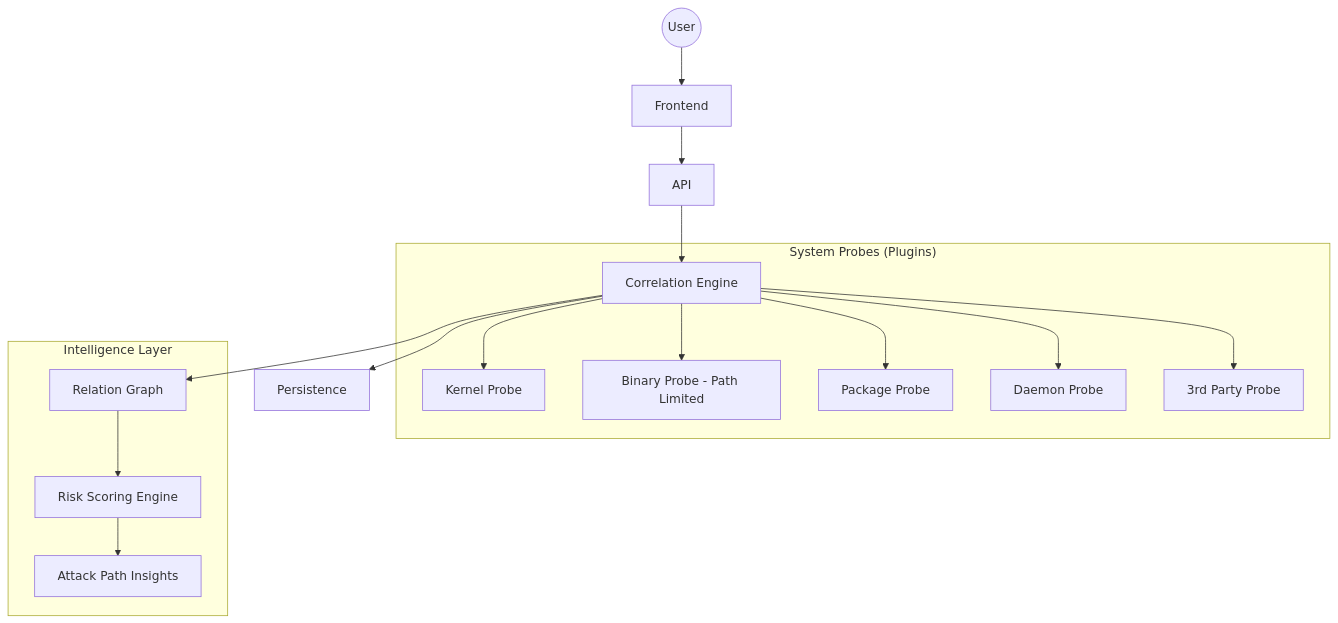
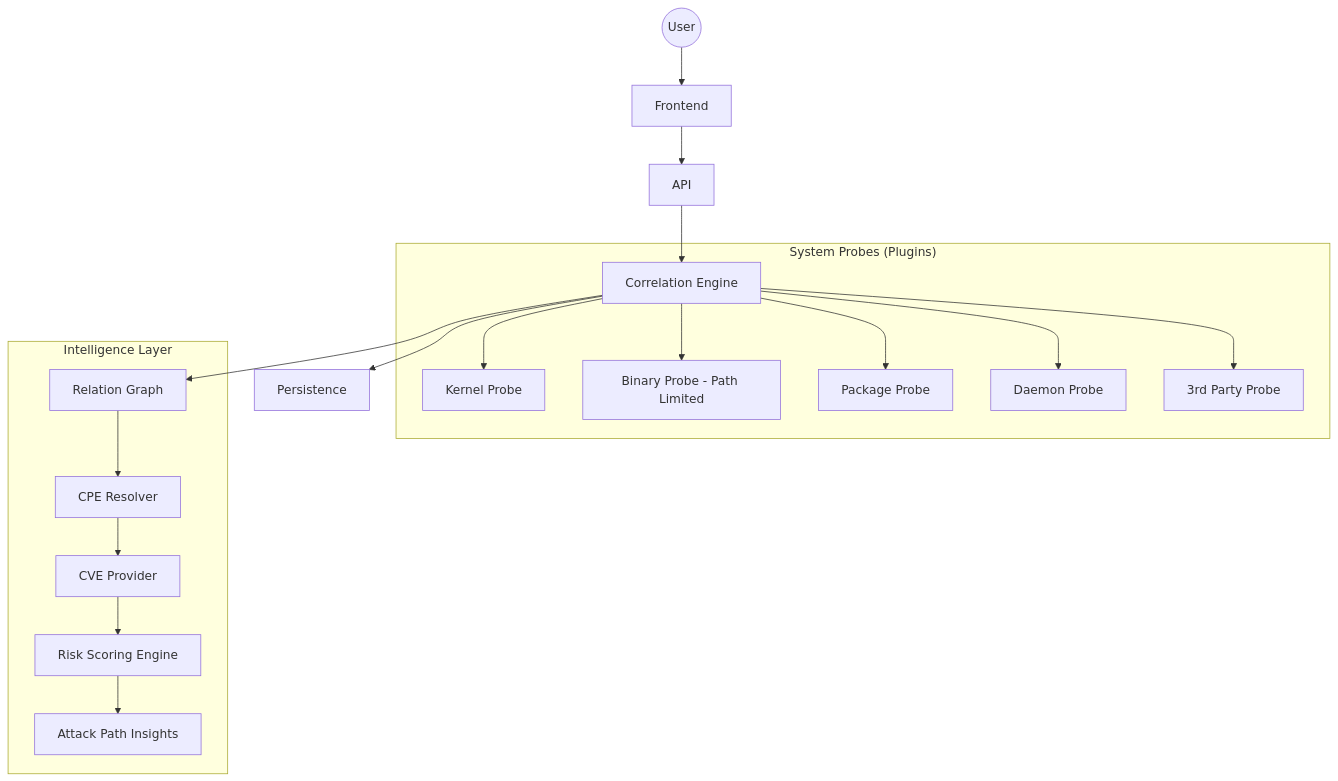
Before and after one commit to won6c/sbomManager: the diagram in CLAUDE.md, drawn with Mermaid. The commit also changed other lines of this file and 9 other files, not shown here.

Commit message:
to cpe_cve

````diff
--- a/CLAUDE.md
+++ b/CLAUDE.md
@@ -7,22 +7,24 @@
 ```mermaid
 graph TD
     User((User)) --> Web[Frontend]
     Web --> API[API]
     API --> Core[Correlation Engine]
     
     subgraph "System Probes (Plugins)"
         Core --> Kernel[Kernel Probe]
         Core --> Binaries[Binary Probe - Path Limited]
         Core --> Packages[Package Probe]
         Core --> Daemons[Daemon Probe]
         Core --> ThirdParty[3rd Party Probe]
     end
 
     subgraph "Intelligence Layer"
         Core --> Graph[Relation Graph]
-        Graph --> Risk[Risk Scoring Engine]
+        Graph --> CPE[CPE Resolver]
+        CPE --> CVE[CVE Provider]
+        CVE --> Risk[Risk Scoring Engine]
         Risk --> Insights[Attack Path Insights]
     end
 
     Core --> Data[Persistence]
 ```
````
